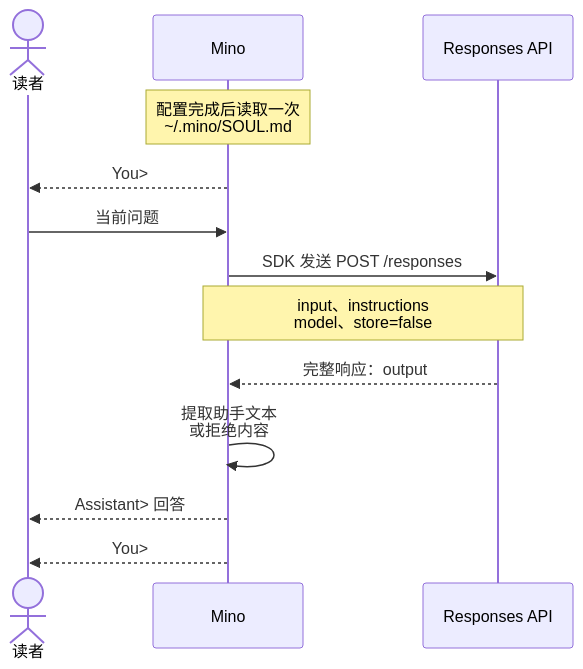
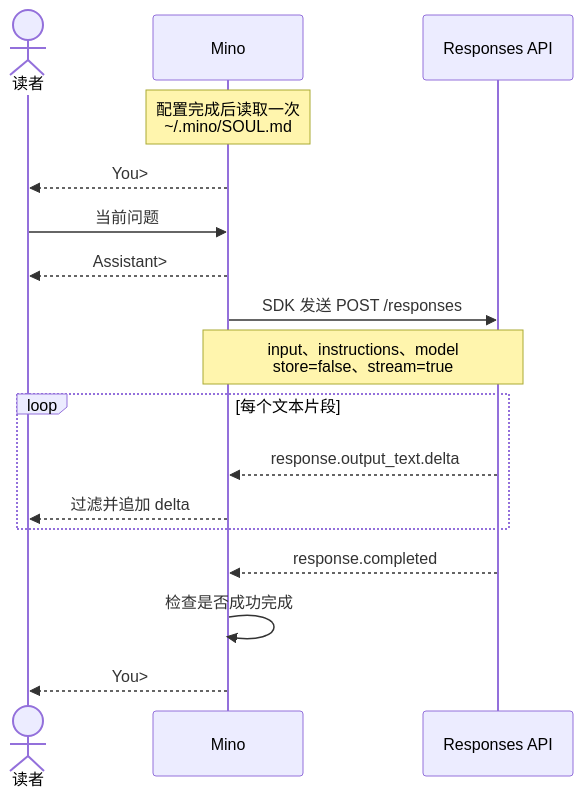
The diagram in docs/books/zh/chapters/01-terminal-chat.md (qshine/mino), drawn with Mermaid before and after one commit. The commit also changed other lines of this file and 18 other files, not shown here.

First line of the commit message:
feat: stream Responses answers in the terminal

````diff
--- a/docs/books/zh/chapters/01-terminal-chat.md
+++ b/docs/books/zh/chapters/01-terminal-chat.md
@@ -36,17 +36,21 @@
 ```mermaid
 sequenceDiagram
     accTitle: 一条问题经过 Mino 的路径
-    accDescr: 配置完成后，Mino 读取一次用户主目录下的 SOUL.md，提示读者输入问题，通过 OpenAI Go SDK 将身份指令和当前输入发送给 Responses API，提取并显示回答后再次提示输入。
+    accDescr: Mino 读取一次用户身份，以流式模式发送当前问题，收到文本增量后立即显示。程序检查完成事件后才再次提示输入。
     actor User as 读者
     participant Mino as Mino
     participant API as Responses API
     Note over Mino: 配置完成后读取一次<br/>~/.mino/SOUL.md
     Mino-->>User: You>
     User->>Mino: 当前问题
+    Mino-->>User: Assistant>
     Mino->>API: SDK 发送 POST /responses
-    Note over Mino,API: input、instructions<br/>model、store=false
-    API-->>Mino: 完整响应：output
-    Mino->>Mino: 提取助手文本<br/>或拒绝内容
-    Mino-->>User: Assistant> 回答
+    Note over Mino,API: input、instructions、model<br/>store=false、stream=true
+    loop 每个文本片段
+        API-->>Mino: response.output_text.delta
+        Mino-->>User: 过滤并追加 delta
+    end
+    API-->>Mino: response.completed
+    Mino->>Mino: 检查是否成功完成
     Mino-->>User: You>
 ```
````
